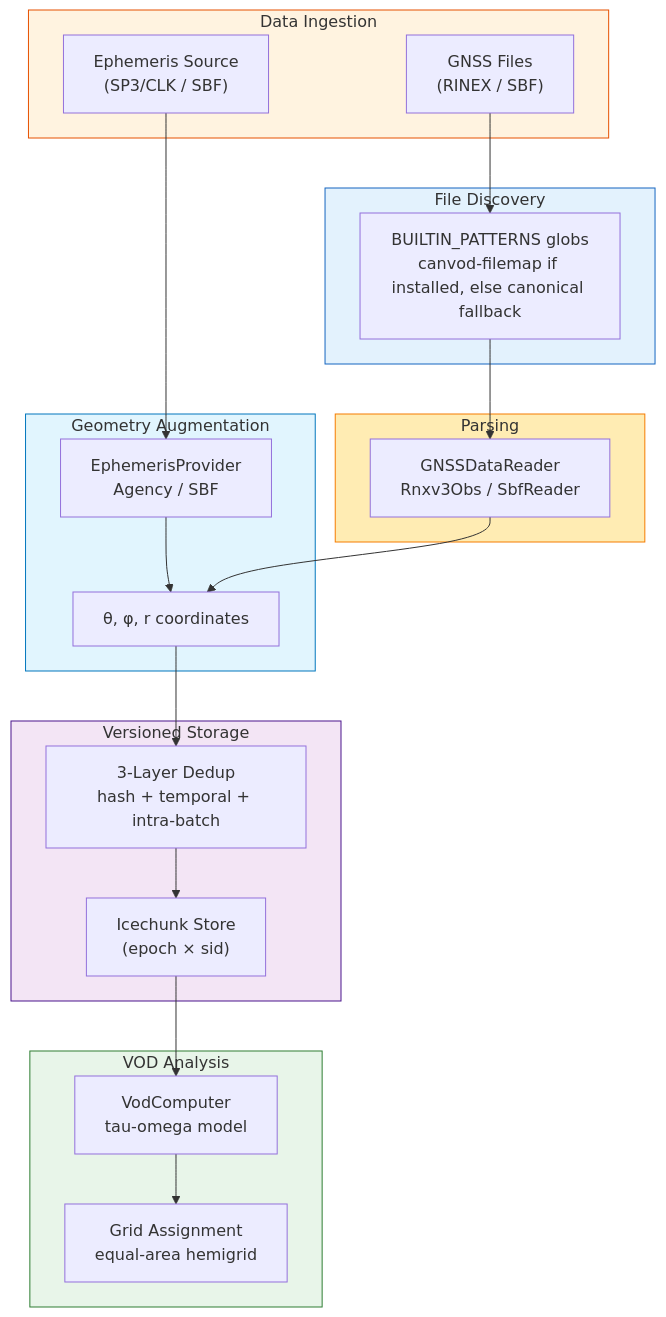
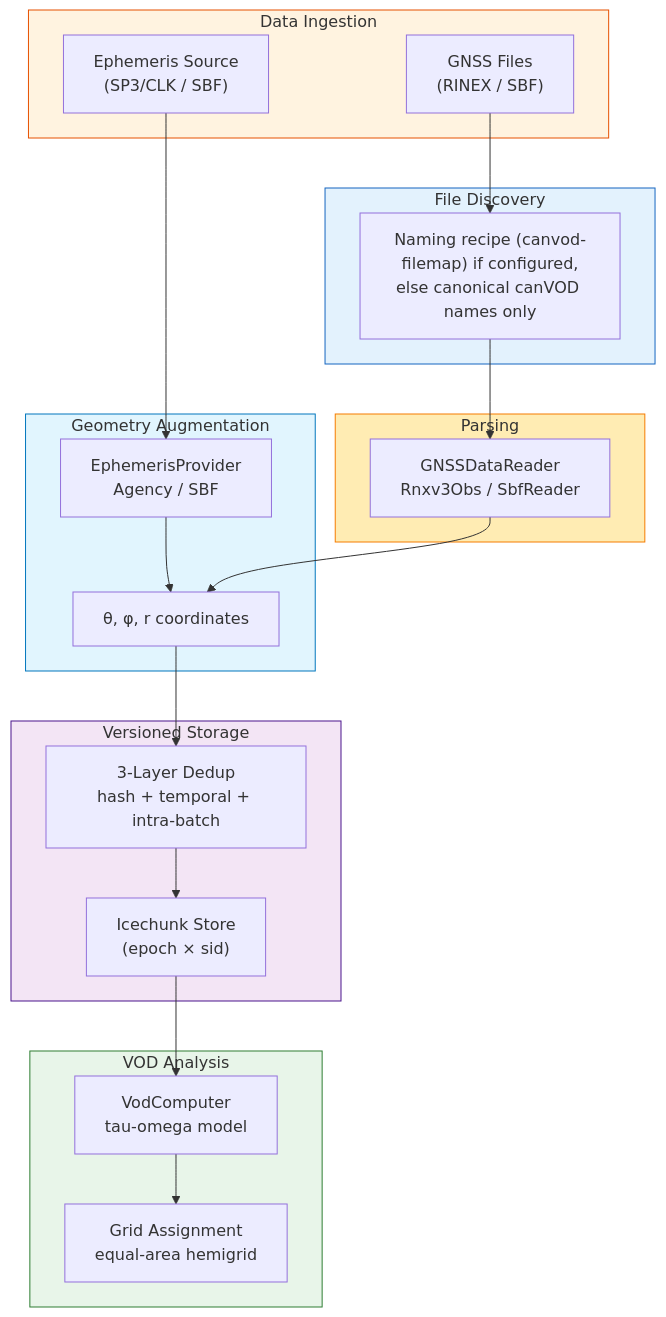
One commit to nfb2021/canvodpy changed the second of 2 diagrams in docs/guides/api-levels.md. Above: the diagram before and after it, drawn with Mermaid. The commit also changed other lines of this file and 4 other files, not shown here.

First line of the commit message:
fix(discovery): process only canonical names unless a recipe is configured

````diff
--- a/docs/guides/api-levels.md
+++ b/docs/guides/api-levels.md
@@ -298,43 +298,43 @@
 ```mermaid
 flowchart TD
     subgraph Input["Data Ingestion"]
         FILES["GNSS Files<br/>(RINEX / SBF)"]
         EPHEM["Ephemeris Source<br/>(SP3/CLK / SBF)"]
     end
 
     subgraph Discovery["File Discovery"]
-        FM["BUILTIN_PATTERNS globs<br/>canvod-filemap if installed, else canonical fallback"]
+        FM["Naming recipe (canvod-filemap) if configured,<br/>else canonical canVOD names only"]
     end
 
     subgraph Reading["Parsing"]
         READER["GNSSDataReader<br/>Rnxv3Obs / SbfReader"]
     end
 
     subgraph Augmentation["Geometry Augmentation"]
         EP["EphemerisProvider<br/>Agency / SBF"]
         SCS["θ, φ, r coordinates"]
     end
 
     subgraph Storage["Versioned Storage"]
         ICE["Icechunk Store<br/>(epoch × sid)"]
         DEDUP["3-Layer Dedup<br/>hash + temporal + intra-batch"]
     end
 
     subgraph Analysis["VOD Analysis"]
         VOD["VodComputer<br/>tau-omega model"]
         GRID["Grid Assignment<br/>equal-area hemigrid"]
     end
 
     FILES --> FM --> READER
     EPHEM --> EP --> SCS
     READER --> SCS
     SCS --> DEDUP --> ICE
     ICE --> VOD --> GRID
 
     style Input fill:#fff3e0,stroke:#e65100
     style Discovery fill:#e3f2fd,stroke:#1565c0
     style Reading fill:#ffecb3,stroke:#f57c00
     style Augmentation fill:#e1f5fe,stroke:#0277bd
     style Storage fill:#f3e5f5,stroke:#4a148c
     style Analysis fill:#e8f5e9,stroke:#2e7d32
 ```
````
